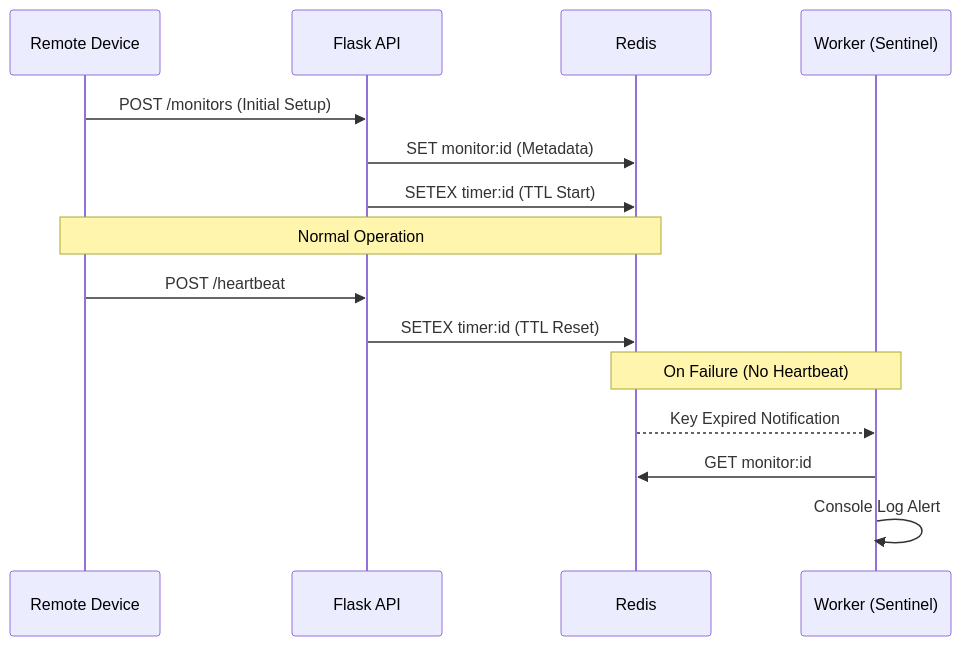
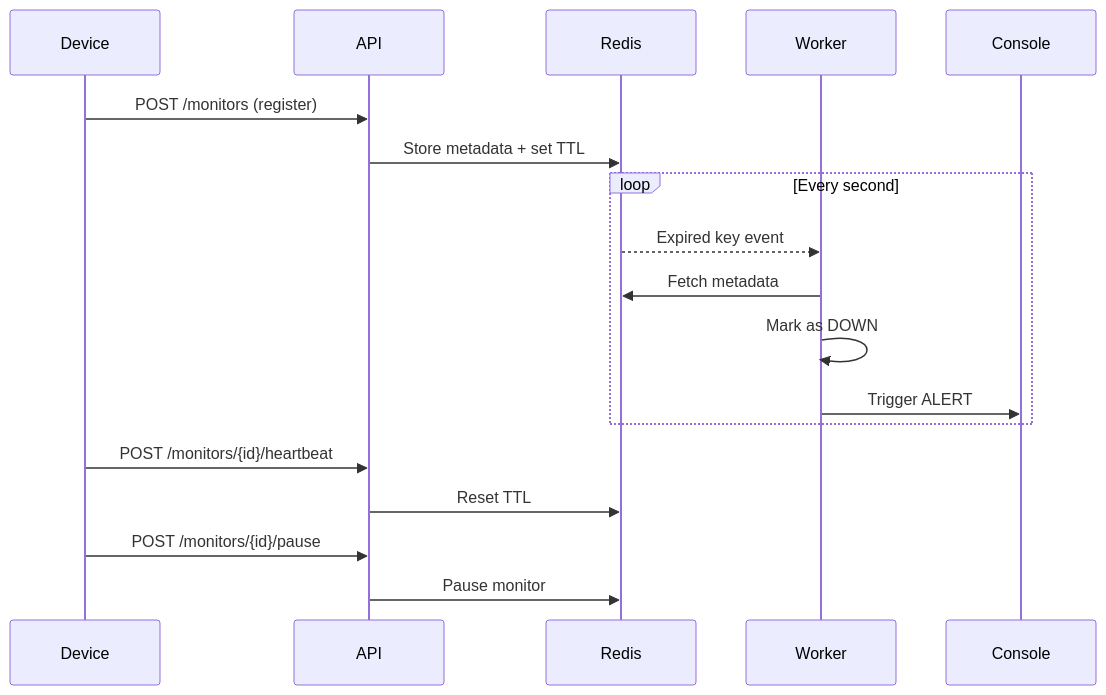
Before and after one commit to ronaldkarangwa/AmaliTech-DEG-Project-based-challenges: the diagram in backend/Pulse-Check/README.md, drawn with Mermaid. The commit also changed other lines of this file, not shown here.

````diff
--- a/backend/Pulse-Check/README.md
+++ b/backend/Pulse-Check/README.md
@@ -8,20 +21,23 @@
 ```mermaid
 sequenceDiagram
-    participant D as Remote Device
-    participant A as Flask API
-    participant R as Redis
-    participant W as Worker (Sentinel)
+    participant Device
+    participant API
+    participant Redis
+    participant Worker
 
-    D->>A: POST /monitors (Initial Setup)
-    A->>R: SET monitor:id (Metadata)
-    A->>R: SETEX timer:id (TTL Start)
-    
-    Note over D, R: Normal Operation
-    D->>A: POST /heartbeat
-    A->>R: SETEX timer:id (TTL Reset)
+    Device->>API: POST /monitors (register)
+    API->>Redis: Store metadata + set TTL
 
-    Note over R, W: On Failure (No Heartbeat)
-    R-->>W: Key Expired Notification
-    W->>R: GET monitor:id
-    W->>W: Console Log Alert
+    loop Every second
+        Redis-->>Worker: Expired key event
+        Worker->>Redis: Fetch metadata
+        Worker->>Worker: Mark as DOWN
+        Worker->>Console: Trigger ALERT
+    end
+
+    Device->>API: POST /monitors/{id}/heartbeat
+    API->>Redis: Reset TTL
+
+    Device->>API: POST /monitors/{id}/pause
+    API->>Redis: Pause monitor
 ```
````
